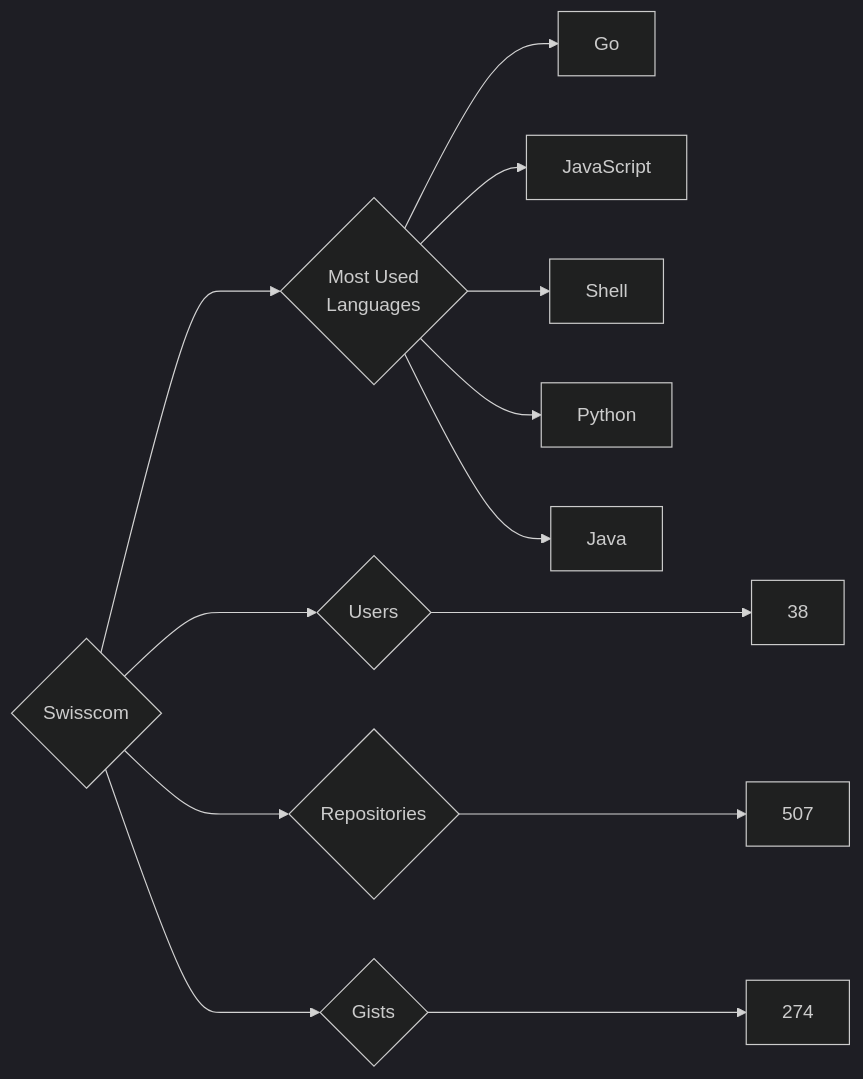
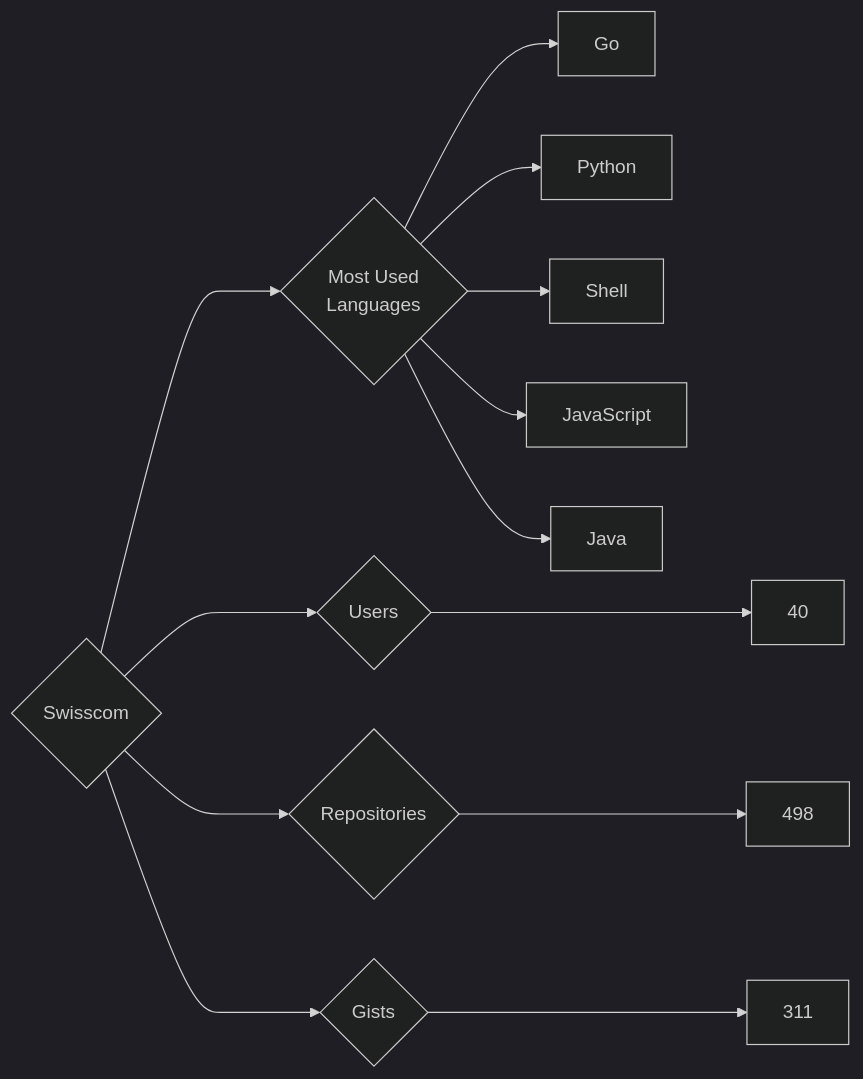
The diagram in targets/Swisscom/README.md (trickest/insiders), drawn with Mermaid (dark theme) before and after one commit. The commit also changed 1011 other files, not shown here.

````diff
--- a/targets/Swisscom/README.md
+++ b/targets/Swisscom/README.md
@@ -3,13 +3,13 @@
 ```mermaid
 graph LR
 COMPANY_NAME{Swisscom}
-COMPANY_NAME ---> U{Users} ---> UN[38]
-COMPANY_NAME ---> R{Repositories} ---> RN[507]
-COMPANY_NAME ---> G{Gists} ---> GN[274]
+COMPANY_NAME ---> U{Users} ---> UN[40]
+COMPANY_NAME ---> R{Repositories} ---> RN[498]
+COMPANY_NAME ---> G{Gists} ---> GN[311]
 COMPANY_NAME ---> ML{Most Used<br>Languages}
 ML --> Go[Go]
+ML --> Python[Python]
+ML --> Shell[Shell]
 ML --> JavaScript[JavaScript]
-ML --> Shell[Shell]
-ML --> Python[Python]
 ML --> Java[Java]
 ```
````
